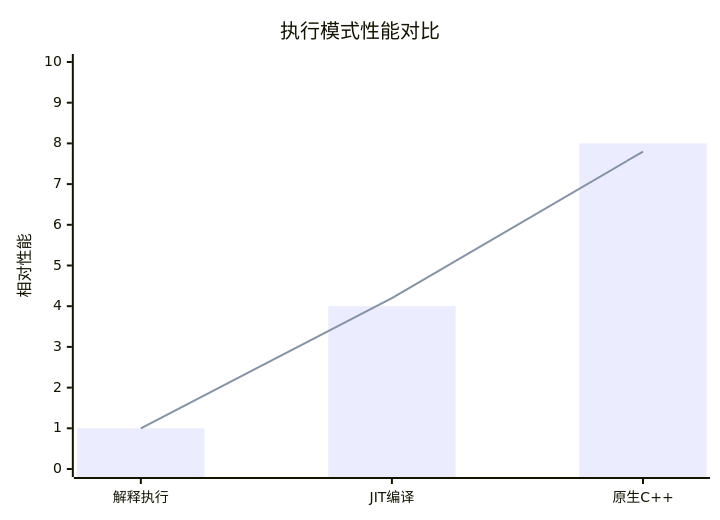
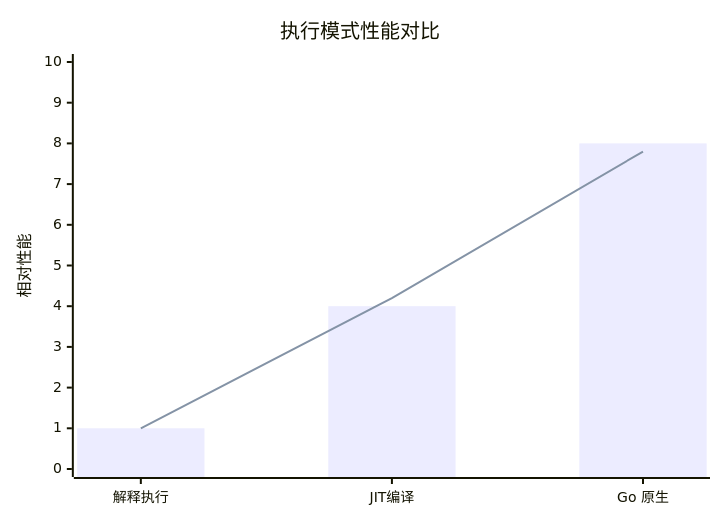
One commit to ByUsiStudio/Code-CIN changed diagram 15 of 19 in README.md. Above: the diagram before and after it, drawn with Mermaid. The commit also changed other lines of this file and 18 other files, not shown here.

````diff
--- a/README.md
+++ b/README.md
@@ -657,8 +661,8 @@
 ```mermaid
 xychart-beta
     title "执行模式性能对比"
-    x-axis ["解释执行", "JIT编译", "原生C++"]
+    x-axis ["解释执行", "JIT编译", "Go 原生"]
     y-axis "相对性能" 0 --> 10
     bar [1, 4, 8]
     line [1, 4.2, 7.8]
 ```
````
